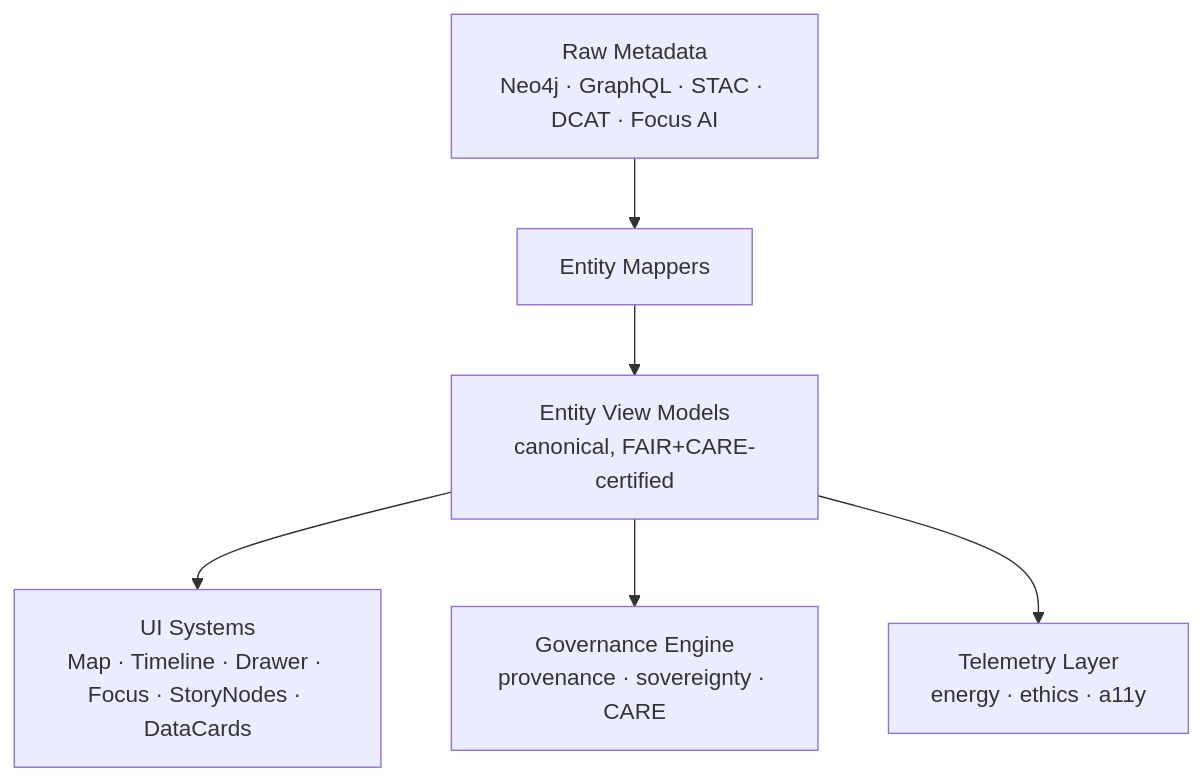
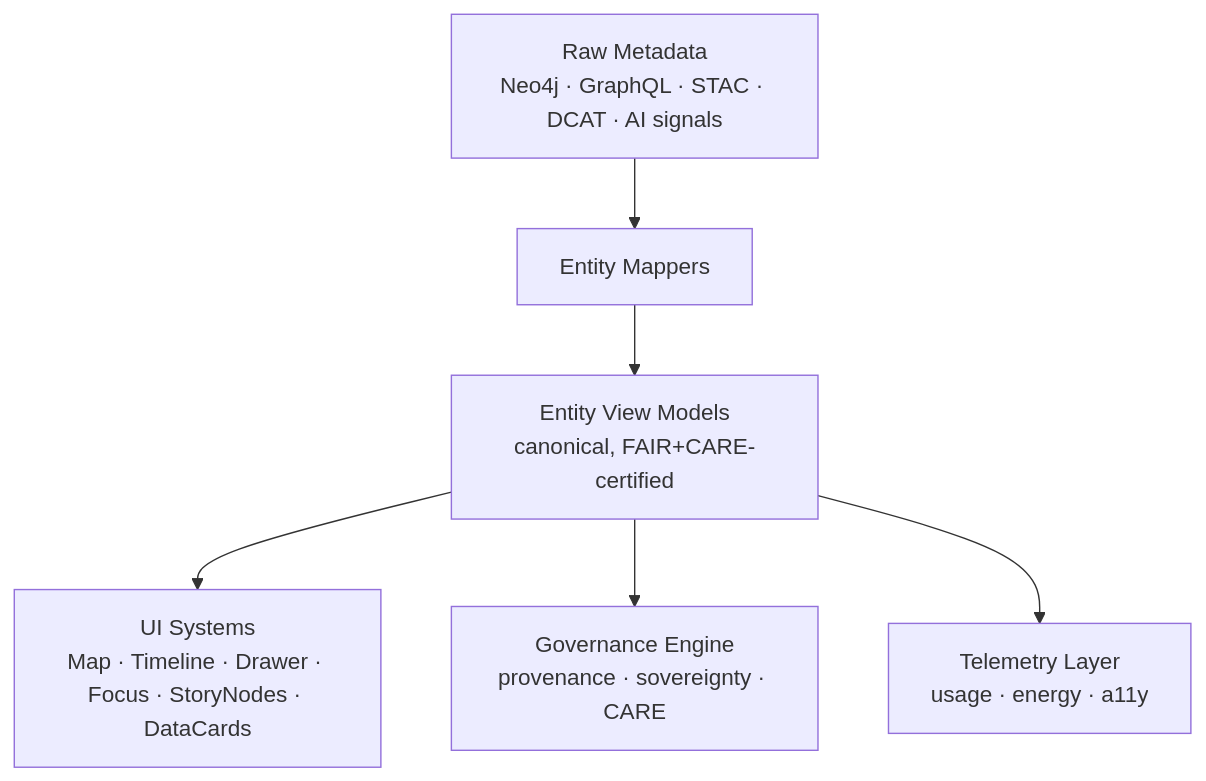
Before and after one commit to bartytime4life/Kansas-Frontier-Matrix: the first of 6 diagrams in web/src/entities/README.md, drawn with Mermaid. The commit also changed other lines of this file, not shown here.

````diff
--- a/web/src/entities/README.md
+++ b/web/src/entities/README.md
@@ -93,8 +172,8 @@
-```mermaid
+~~~mermaid
 flowchart TD
-    RAW[Raw Metadata<br/>Neo4j · GraphQL · STAC · DCAT · Focus AI] --> MAP[Entity Mappers]
+    RAW[Raw Metadata<br/>Neo4j · GraphQL · STAC · DCAT · AI signals] --> MAP[Entity Mappers]
     MAP --> VM[Entity View Models<br/>canonical, FAIR+CARE-certified]
     VM --> UI[UI Systems<br/>Map · Timeline · Drawer · Focus · StoryNodes · DataCards]
     VM --> GOV[Governance Engine<br/>provenance · sovereignty · CARE]
-    VM --> TEL[Telemetry Layer<br/>energy · ethics · a11y]
-```
+    VM --> TEL[Telemetry Layer<br/>usage · energy · a11y]
+~~~
````
